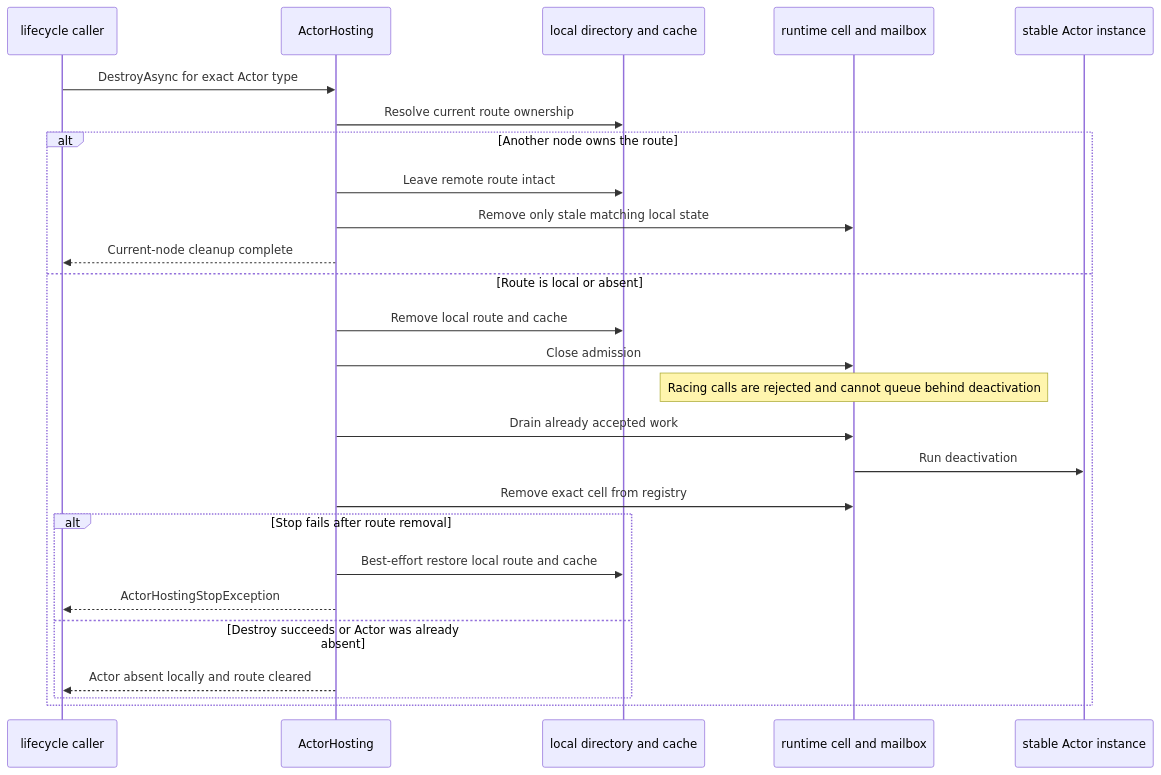
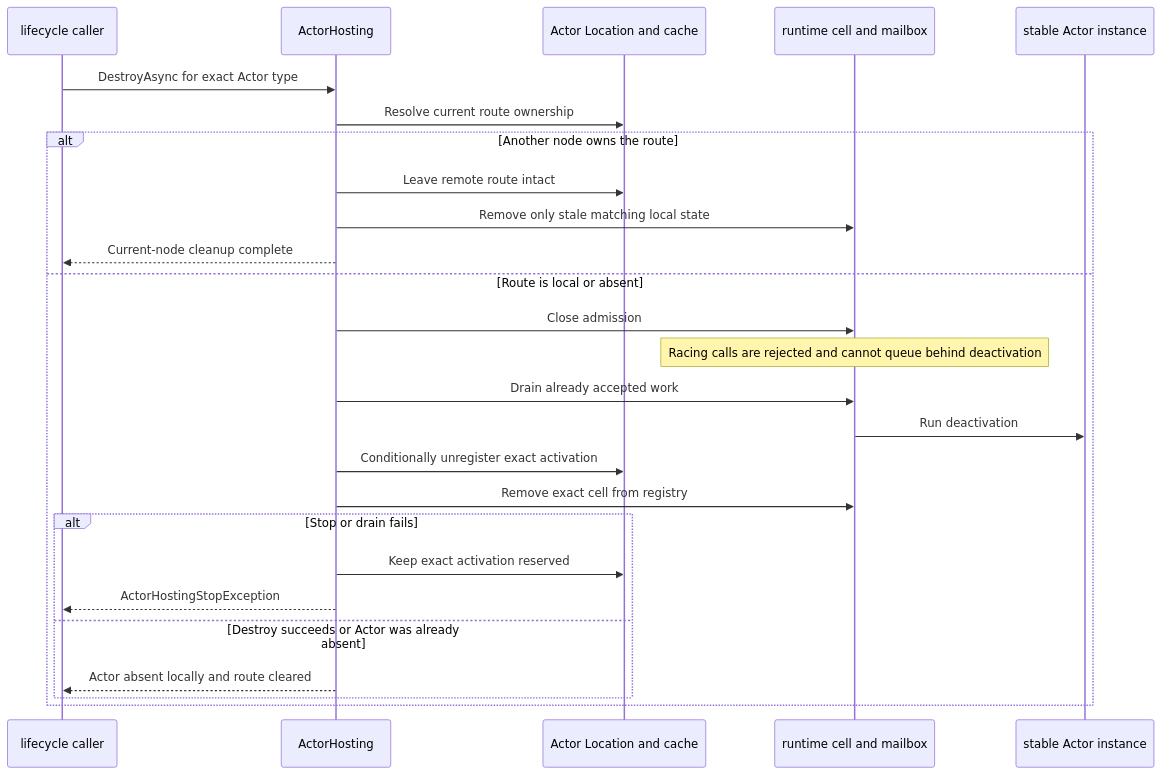
Before and after one commit to bruce48x/Lakona: the sixth of 7 diagrams in docs/actor.md, drawn with Mermaid. The commit also changed other lines of this file and 120 other files, not shown here.

````diff
--- a/docs/actor.md
+++ b/docs/actor.md
@@ -527,29 +497,29 @@
 ```mermaid
 sequenceDiagram
     participant C as lifecycle caller
     participant H as ActorHosting
-    participant D as local directory and cache
+    participant D as Actor Location and cache
     participant M as runtime cell and mailbox
     participant A as stable Actor instance
 
     C->>H: DestroyAsync for exact Actor type
     H->>D: Resolve current route ownership
     alt Another node owns the route
         H->>D: Leave remote route intact
         H->>M: Remove only stale matching local state
         H-->>C: Current-node cleanup complete
     else Route is local or absent
-        H->>D: Remove local route and cache
         H->>M: Close admission
         Note over M: Racing calls are rejected and cannot queue behind deactivation
         H->>M: Drain already accepted work
         M->>A: Run deactivation
+        H->>D: Conditionally unregister exact activation
         H->>M: Remove exact cell from registry
-        alt Stop fails after route removal
-            H->>D: Best-effort restore local route and cache
+        alt Stop or drain fails
+            H->>D: Keep exact activation reserved
             H-->>C: ActorHostingStopException
         else Destroy succeeds or Actor was already absent
             H-->>C: Actor absent locally and route cleared
         end
     end
 ```
````
